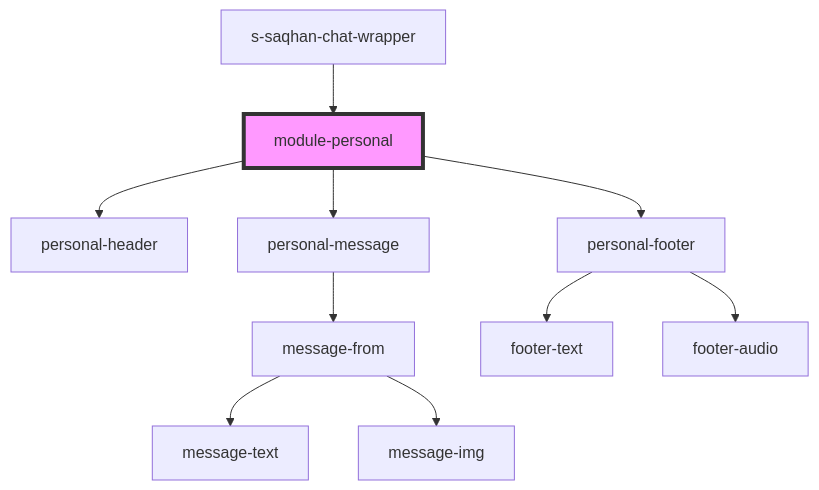
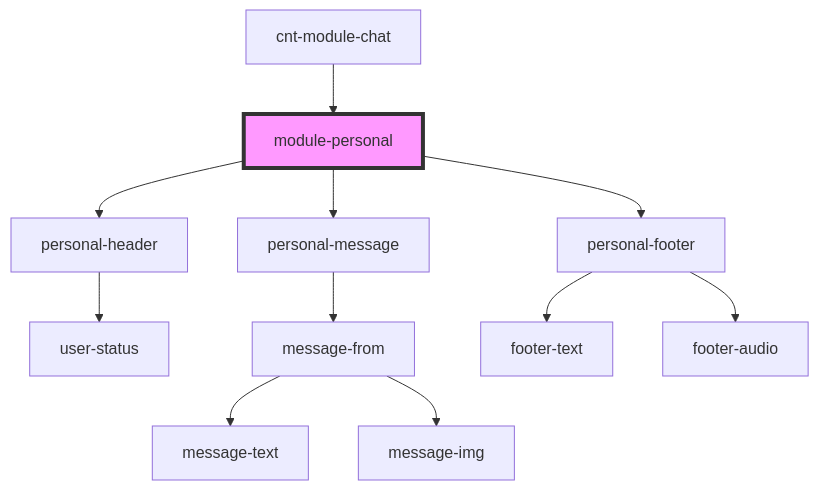
One commit to saqhan/stencil-chat changed the diagram in src/components/module/module-chat/res/view/cnt-module-chat/res/view/module-personal/readme.md. Above: the diagram before and after it, drawn with Mermaid. The commit also changed other lines of this file and 26 other files, not shown here.

````diff
--- a/src/components/module/module-chat/res/view/cnt-module-chat/res/view/module-personal/readme.md
+++ b/src/components/module/module-chat/res/view/cnt-module-chat/res/view/module-personal/readme.md
@@ -39,13 +42,14 @@
 ```mermaid
 graph TD;
   module-personal --> personal-header
   module-personal --> personal-message
   module-personal --> personal-footer
+  personal-header --> user-status
   personal-message --> message-from
   message-from --> message-text
   message-from --> message-img
   personal-footer --> footer-text
   personal-footer --> footer-audio
-  s-saqhan-chat-wrapper --> module-personal
+  cnt-module-chat --> module-personal
   style module-personal fill:#f9f,stroke:#333,stroke-width:4px
 ```
````
